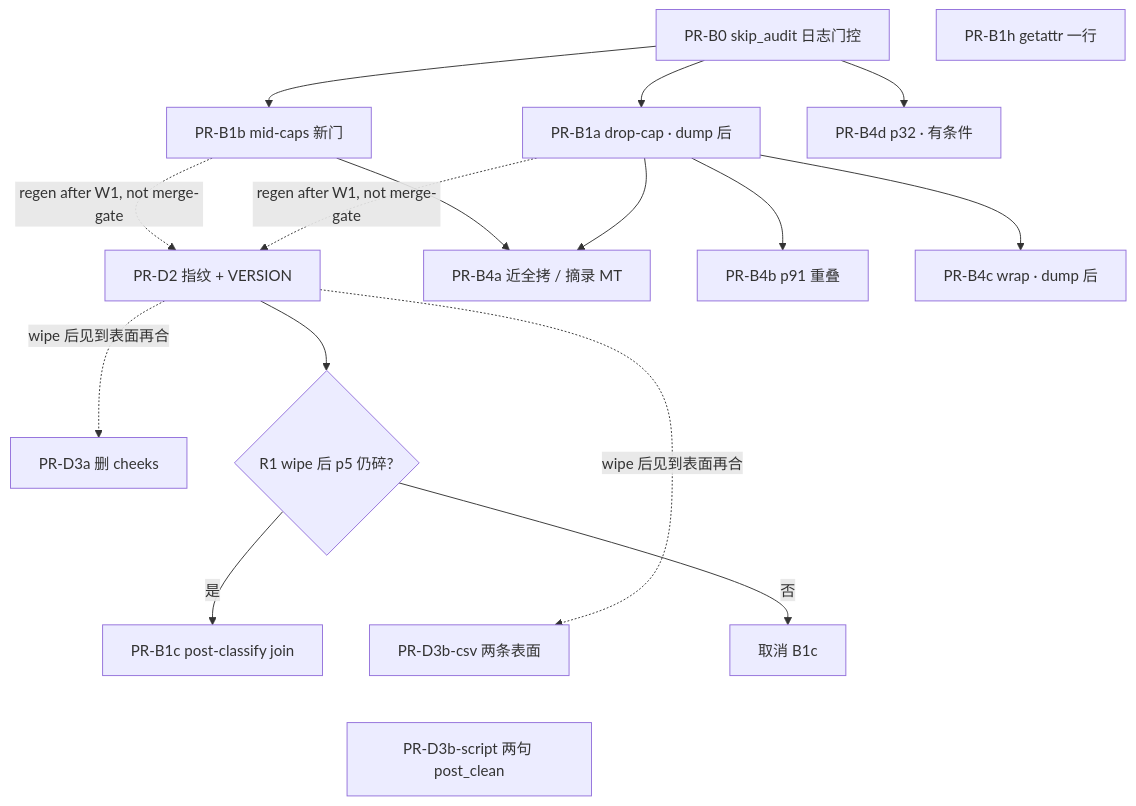
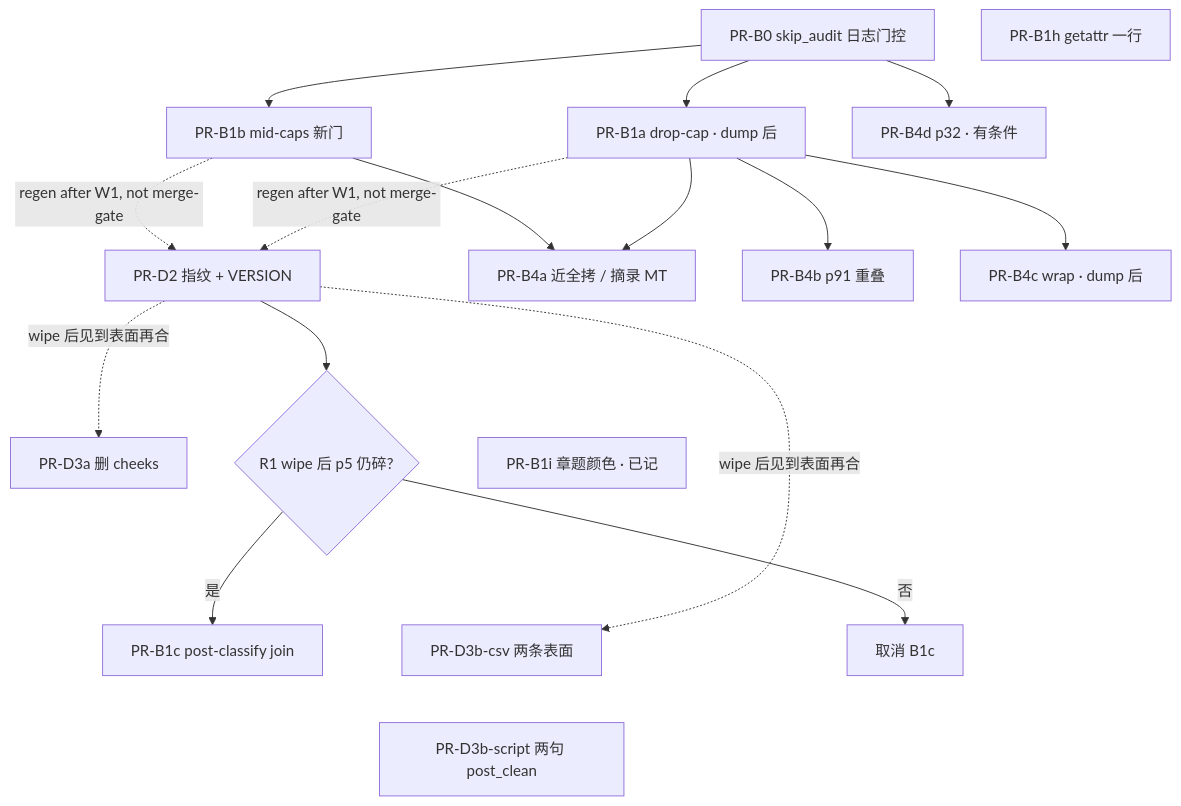
The fourth of 4 diagrams in docs/oa-dual-quality-wave-0.6.4.69.md (TopCircle/BabelDOC), drawn with Mermaid before and after one commit. The commit also changed other lines of this file and 1 other file, not shown here.

````diff
--- a/docs/oa-dual-quality-wave-0.6.4.69.md
+++ b/docs/oa-dual-quality-wave-0.6.4.69.md
@@ -902,34 +904,36 @@
 ```mermaid
 flowchart TB
   B0[PR-B0 skip_audit 日志门控]
   B1a[PR-B1a drop-cap · dump 后]
   B1b[PR-B1b mid-caps 新门]
   B1h[PR-B1h getattr 一行]
   D2[PR-D2 指纹 + VERSION]
   W1cdiag{R1 wipe 后 p5 仍碎?}
   B1c[PR-B1c post-classify join]
   D3a[PR-D3a 删 cheeks]
   D3csv[PR-D3b-csv 两条表面]
   D3sc[PR-D3b-script 两句 post_clean]
+  B1i[PR-B1i 章题颜色 · 已记]
   B4q[PR-B4a 近全拷 / 摘录 MT]
   B4o[PR-B4b p91 重叠]
   B4w[PR-B4c wrap · dump 后]
   B4t[PR-B4d p32 · 有条件]
 
   B0 --> B1a
   B0 --> B1b
   B1a -.->|regen after W1, not merge-gate| D2
   B1b -.->|regen after W1, not merge-gate| D2
   D2 --> W1cdiag
   W1cdiag -->|是| B1c
   W1cdiag -->|否| skipB1c[取消 B1c]
   D2 -.->|wipe 后见到表面再合| D3a
   D2 -.->|wipe 后见到表面再合| D3csv
   D3a ~~~ D3csv
   D3csv ~~~ D3sc
   B1a --> B4q
   B1a --> B4o
   B1a --> B4w
   B1b --> B4q
   B0 --> B4t
+  B4q ~~~ B1i
 ```
````
